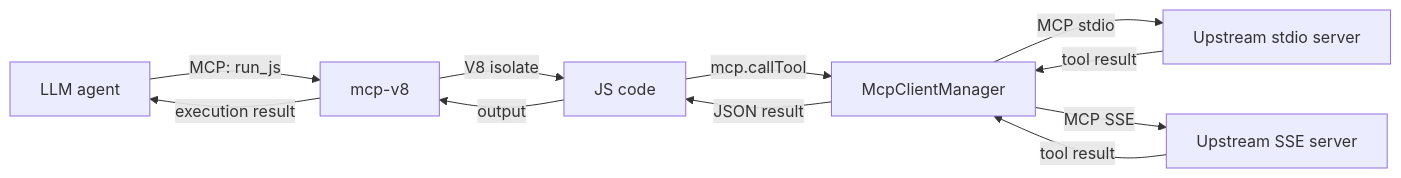
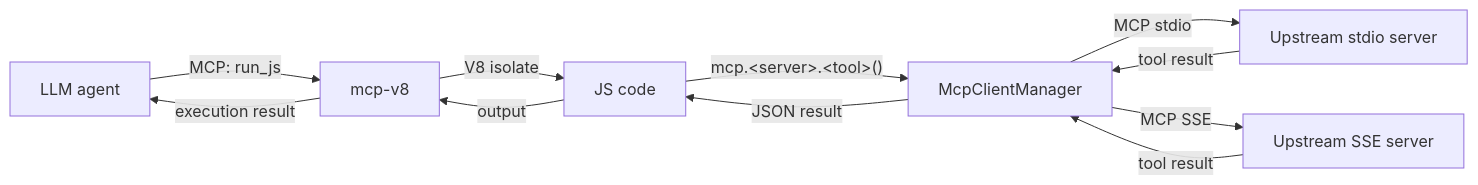
One commit to r33drichards/mcp-js changed the diagram in site-docs/concepts/mcp-client.md. Above: the diagram before and after it, drawn with Mermaid. The commit also changed other lines of this file and 9 other files, not shown here.

````diff
--- a/site-docs/concepts/mcp-client.md
+++ b/site-docs/concepts/mcp-client.md
@@ -9,13 +9,13 @@
 ```mermaid
 graph LR
     A[LLM agent] -->|"MCP: run_js"| B[mcp-v8]
     B -->|V8 isolate| C[JS code]
-    C -->|mcp.callTool| D[McpClientManager]
+    C -->|"mcp.&lt;server&gt;.&lt;tool&gt;()"| D[McpClientManager]
     D -->|MCP stdio| E[Upstream stdio server]
     D -->|MCP SSE| F[Upstream SSE server]
     E -->|tool result| D
     F -->|tool result| D
     D -->|JSON result| C
     C -->|output| B
     B -->|execution result| A
 ```
````
